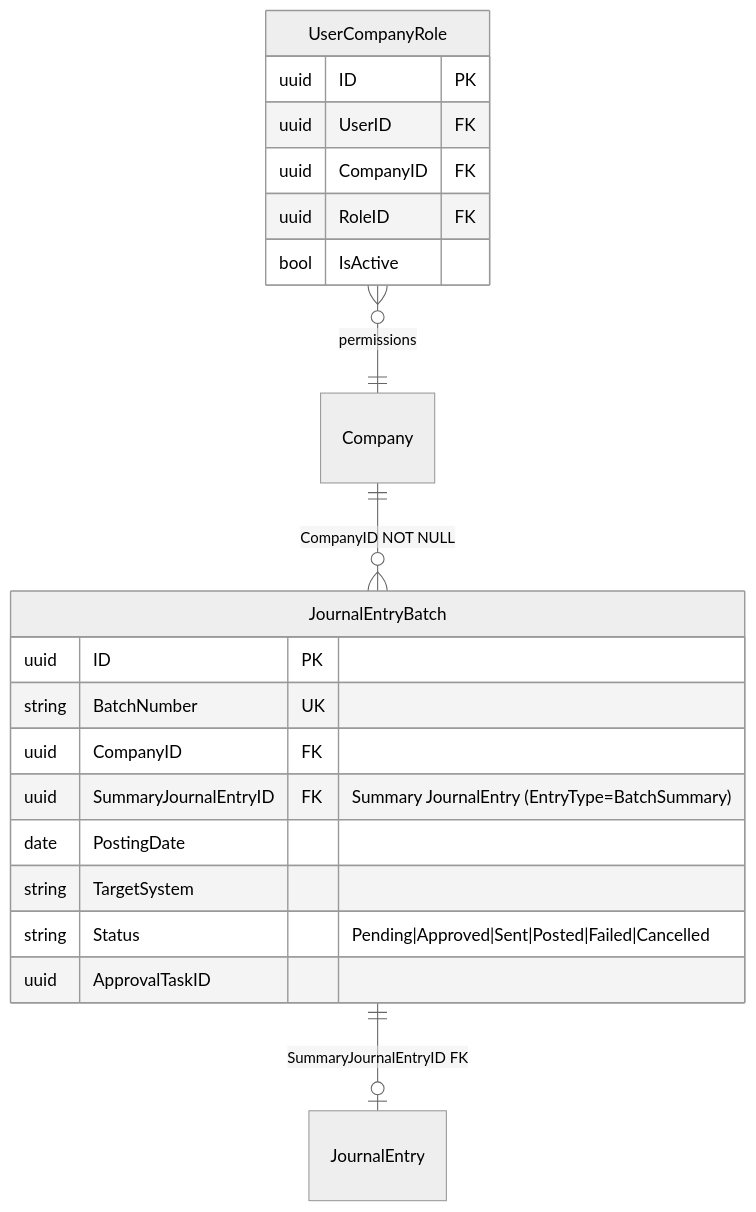
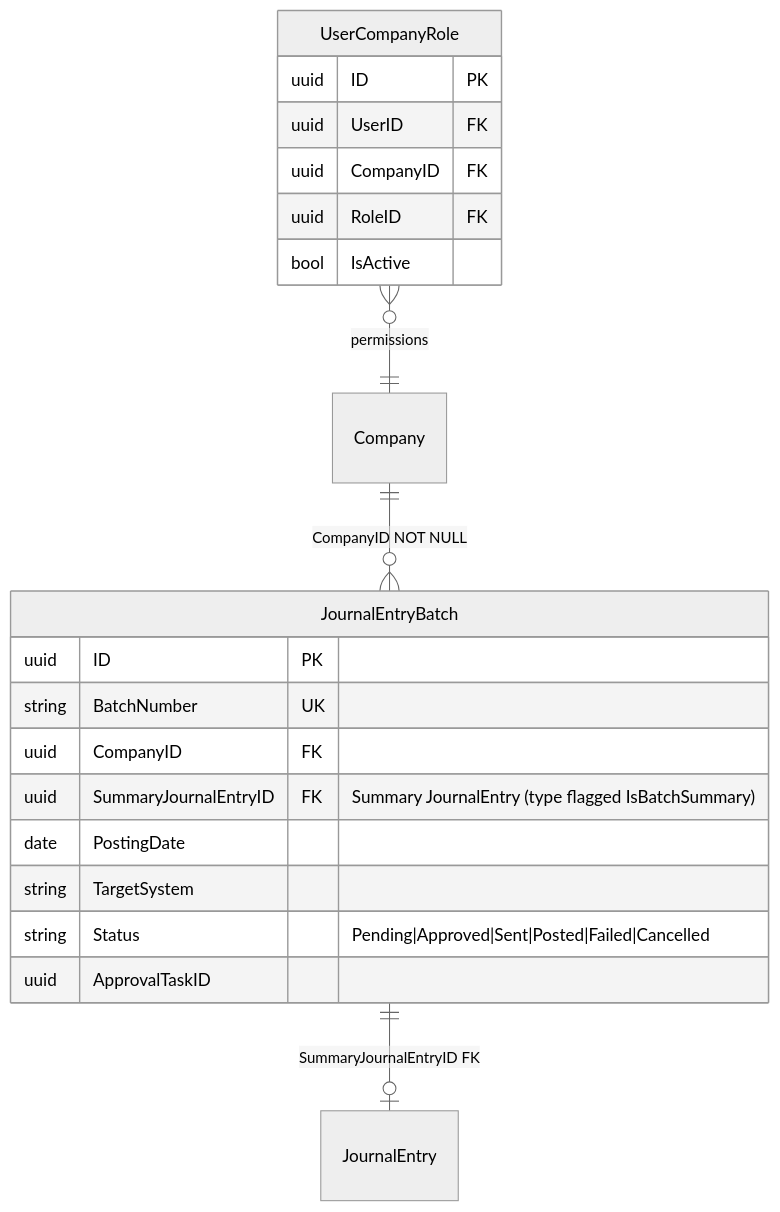
One commit to MemberJunction/bizapps-accounting changed the third of 4 diagrams in plans/bizapps-accounting-master.md. Above: the diagram before and after it, drawn with Mermaid (neutral theme). The commit also changed other lines of this file and 79 other files, not shown here.

````diff
--- a/plans/bizapps-accounting-master.md
+++ b/plans/bizapps-accounting-master.md
@@ -280,24 +282,24 @@
 ```mermaid
 erDiagram
     Company ||--o{ JournalEntryBatch : "CompanyID NOT NULL"
     JournalEntryBatch ||--o| JournalEntry : "SummaryJournalEntryID FK"
     UserCompanyRole }o--|| Company : "permissions"
 
     JournalEntryBatch {
         uuid ID PK
         string BatchNumber UK
         uuid CompanyID FK
-        uuid SummaryJournalEntryID FK "Summary JournalEntry (EntryType=BatchSummary)"
+        uuid SummaryJournalEntryID FK "Summary JournalEntry (type flagged IsBatchSummary)"
         date PostingDate
         string TargetSystem
         string Status "Pending|Approved|Sent|Posted|Failed|Cancelled"
         uuid ApprovalTaskID
     }
     UserCompanyRole {
         uuid ID PK
         uuid UserID FK
         uuid CompanyID FK
         uuid RoleID FK
         bool IsActive
     }
 ```
````
